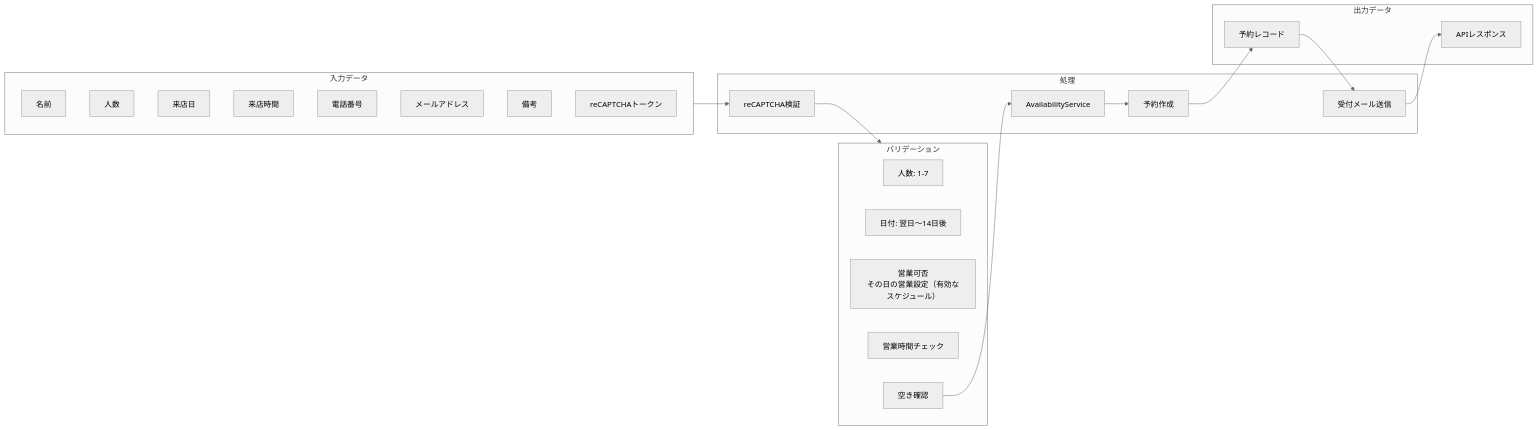
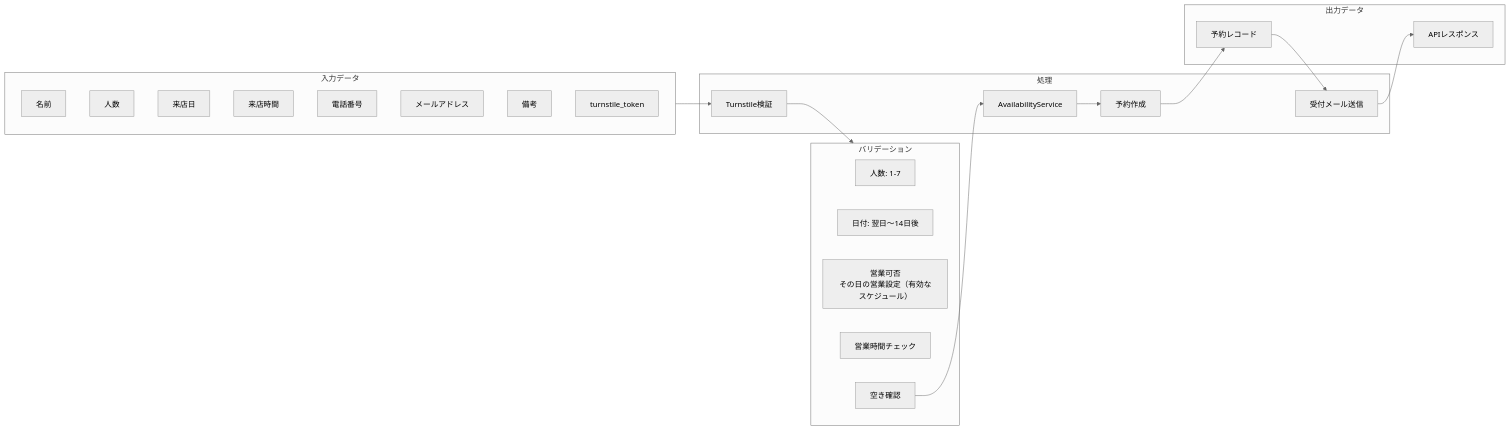
The second of 9 diagrams in docs/data_flow.md (cergijame101007/satehits), drawn with Mermaid (neutral theme) before and after one commit. The commit also changed other lines of this file, not shown here.

Commit message:
docs: data_flow.md の Bot 対策を Turnstile に合わせる

````diff
--- a/docs/data_flow.md
+++ b/docs/data_flow.md
@@ -48,41 +48,41 @@
 ```mermaid
 flowchart LR
     subgraph Input[入力データ]
         Name[名前]
         People[人数]
         Date[来店日]
         Time[来店時間]
         Phone[電話番号]
         Email[メールアドレス]
         Note[備考]
-        Token[reCAPTCHAトークン]
+        Token[turnstile_token]
     end
 
     subgraph Validation[バリデーション]
         V1[人数: 1-7]
         V2[日付: 翌日〜14日後]
         V3[営業可否<br/>その日の営業設定（有効なスケジュール）]
         V4[営業時間チェック]
         V5[空き確認]
     end
 
     subgraph Process[処理]
-        ReCaptcha[reCAPTCHA検証]
+        Turnstile[Turnstile検証]
         AvailService[AvailabilityService]
         Create[予約作成]
         SendMail[受付メール送信]
     end
 
     subgraph Output[出力データ]
         Reservation[予約レコード]
         Response[APIレスポンス]
     end
 
-    Input --> ReCaptcha
-    ReCaptcha --> Validation
+    Input --> Turnstile
+    Turnstile --> Validation
     V5 --> AvailService
     AvailService --> Create
     Create --> Reservation
     Reservation --> SendMail
     SendMail --> Response
 ```
````
